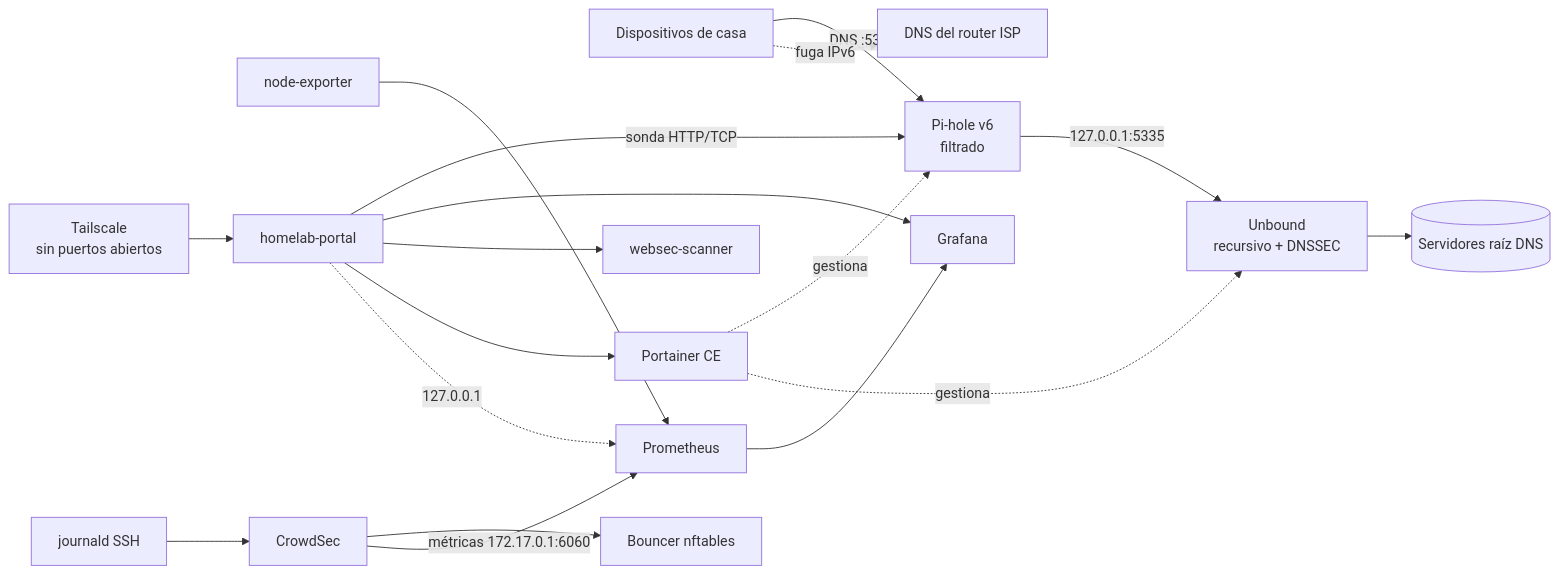
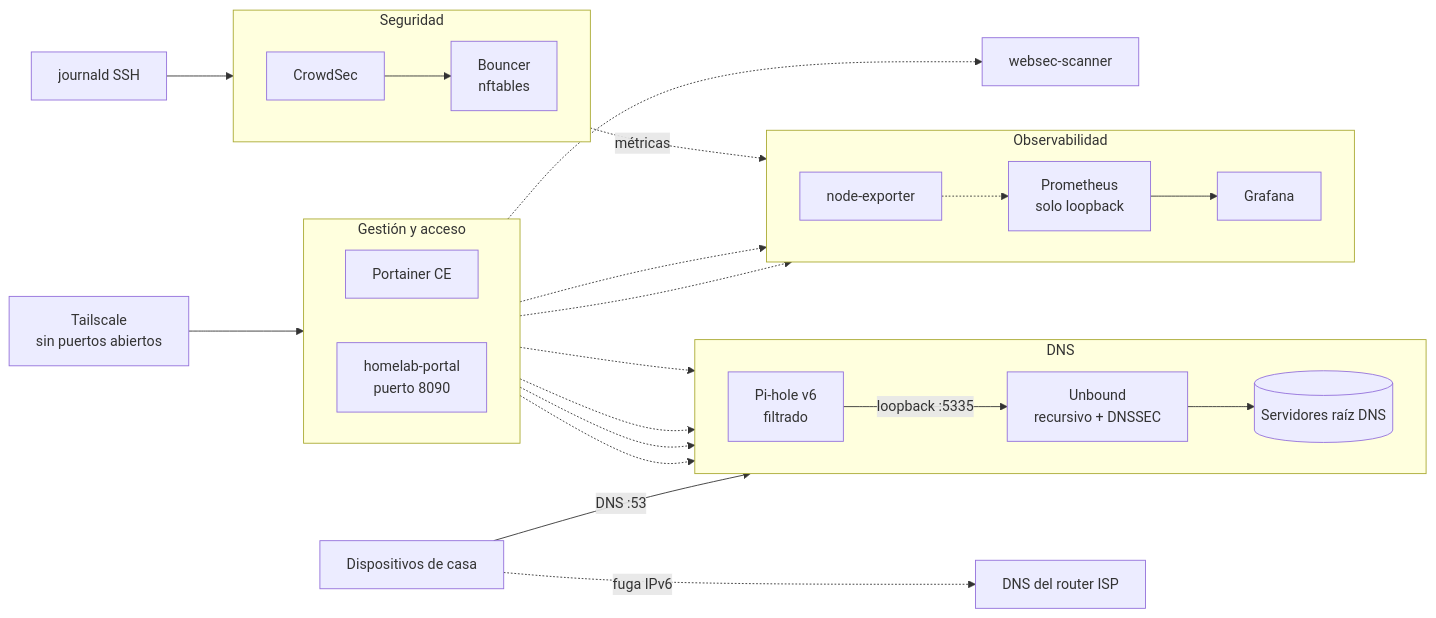
The diagram in README.md (daviliyo98/minisoc-homelab), drawn with Mermaid before and after one commit. The commit also changed other lines of this file, not shown here.

Commit message:
README: diagrama reorganizado por capas y con semantica de lineas
El diagrama era ilegible: las etiquetas se solapaban con las aristas, el
portal salia como un nodo espagueti con cinco aristas cruzando el dibujo,
y "portal -> Pi-hole" se leia como flujo de datos cuando en realidad es
una sonda.

- Cuatro subgrafos por funcion: DNS, Observabilidad, Seguridad y Gestion
  y acceso. Un servicio nuevo tiene sitio obvious donde colocarlo.
- Convencion de trazo: solido = flujo de datos, discontinuo = gestion,
  observacion o sondeo. El portal deja de parecer que enruta trafico.
- Las IPs salen de las etiquetas de arista y pasan a los nodos. Ademas de
  mas limpio, elimina la trampa del lexer que rompio el diagrama anterior
  (un "127.0.0.1" dentro de un enlace punteado no parsea).
- Fuera las cuatro etiquetas "sonda" repetidas; la convencion se explica
  en una linea de leyenda bajo el diagrama.
- Recuperada la cadena journald SSH -> CrowdSec -> Bouncer, que se habia
  perdido al anadir el portal.

Validado con mermaid@10 + jsdom y renderizado a PNG para comprobar que se
lee, no solo que parsea.

````diff
--- a/README.md
+++ b/README.md
@@ -9,18 +9,65 @@
 ```mermaid
 flowchart LR
-    D[Dispositivos de casa] -->|DNS :53| P[Pi-hole v6<br/>filtrado]
-    P -->|127.0.0.1:5335| U[Unbound<br/>recursivo + DNSSEC]
-    U --> R[(Servidores raíz DNS)]
-    D -. fuga IPv6 .-> X[DNS del router ISP]
-    PT[Portainer CE] -. gestiona .-> P
-    PT -. gestiona .-> U
-    NE[node-exporter] --> PR[Prometheus] --> G[Grafana]
-    J[journald SSH] --> CS[CrowdSec] --> FW[Bouncer nftables]
-    CS -->|métricas 172.17.0.1:6060| PR
-    PO[homelab-portal] -->|sonda HTTP/TCP| P
-    PO --> G
-    PO --> W[websec-scanner]
-    PO --> PT
-    PO -. "127.0.0.1" .-> PR
-    TS[Tailscale<br/>sin puertos abiertos] --> PO
+    %% Leyenda: solido = flujo de datos · discontinuo = gestion, observacion o sondeo.
+    %% Las IPs van en las etiquetas de nodo, nunca en las de arista: en el texto de
+    %% un enlace punteado, un "127.0.0.1" rompe el parser (lo que rompio el diagrama).
+
+    D["Dispositivos de casa"]
+    J["journald SSH"]
+    TS["Tailscale<br/>sin puertos abiertos"]
+    X["DNS del router ISP"]
+    W["websec-scanner"]
+
+    subgraph dns["DNS"]
+        direction LR
+        P["Pi-hole v6<br/>filtrado"]
+        U["Unbound<br/>recursivo + DNSSEC"]
+        R[("Servidores raíz DNS")]
+    end
+
+    subgraph metricas["Observabilidad"]
+        direction LR
+        NE["node-exporter"]
+        PR["Prometheus<br/>solo loopback"]
+        G["Grafana"]
+    end
+
+    subgraph defensa["Seguridad"]
+        direction LR
+        CS["CrowdSec"]
+        FW["Bouncer<br/>nftables"]
+    end
+
+    subgraph gestion["Gestión y acceso"]
+        direction LR
+        PT["Portainer CE"]
+        LP["homelab-portal<br/>puerto 8090"]
+    end
+
+    %% --- plano de datos ---
+    D -->|"DNS :53"| P
+    P -->|"loopback :5335"| U
+    U --> R
+    PR --> G
+
+    %% --- deteccion y contencion ---
+    J --> CS
+    CS --> FW
+
+    %% --- observacion: telemetria hacia Prometheus ---
+    NE -.-> PR
+    CS -.->|"métricas"| PR
+
+    %% --- gestion y sondeo ---
+    TS --> LP
+    PT -.-> P
+    PT -.-> U
+    LP -.-> P
+    LP -.-> U
+    LP -.-> G
+    LP -.-> W
+    LP -.-> PR
+
+    %% --- fuga conocida, no resuelta ---
+    D -.->|"fuga IPv6"| X
 ```
````
